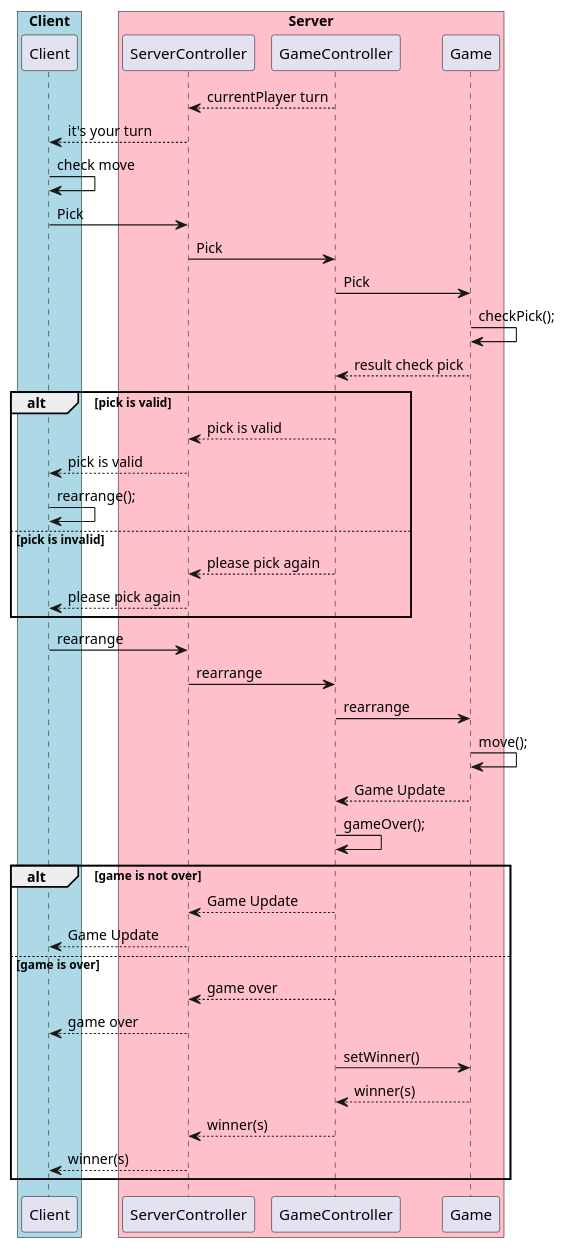
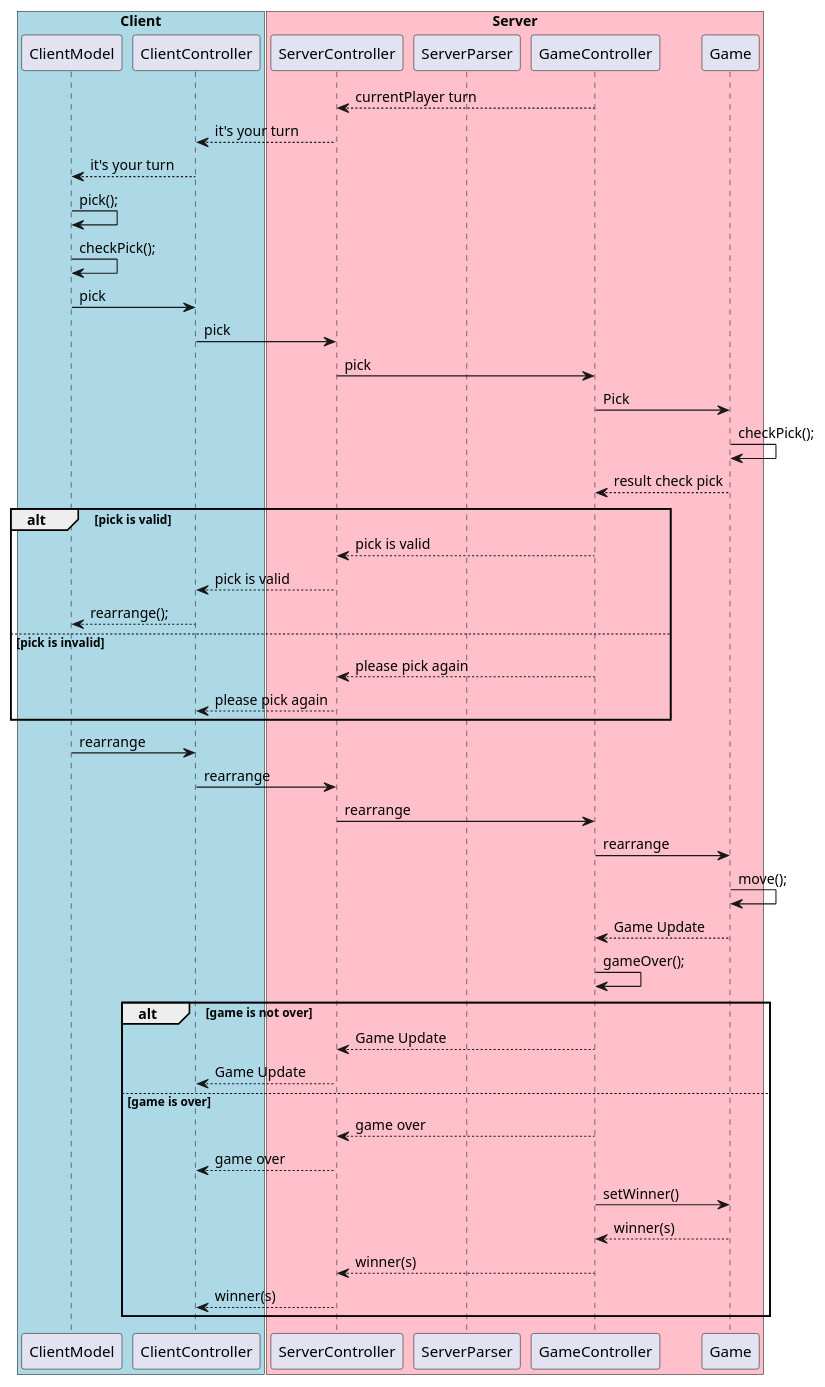
One commit to dltmtt/IS23-AM13 changed the diagram in docs/Sequence Diagram/Turn Phase.puml. Above: the diagram before and after it, drawn with PlantUML.

Commit message:
general fixes in sequence diagram

```diff
--- a/docs/Sequence Diagram/Turn Phase.puml
+++ b/docs/Sequence Diagram/Turn Phase.puml
@@ -1,59 +1,67 @@
 @startuml
 
 
 box "Client" #LightBlue
-participant Client
+participant ClientModel
+participant ClientController
+
 end box
 
 box "Server" #Pink
 participant ServerController
+participant ServerParser
 participant GameController
 participant Game
 end box
 
 ServerController <-- GameController: currentPlayer turn
-ServerController -->Client: it's your turn
-Client->Client: check move
-Client-> ServerController: Pick
-ServerController->GameController: Pick
+ServerController -->ClientController: it's your turn
+ClientController -->ClientModel: it's your turn
+ClientModel->ClientModel: pick();
+ClientModel->ClientModel: checkPick();
+ClientModel->ClientController: pick
+
+ClientController-> ServerController: pick
+ServerController->GameController: pick
 GameController->Game: Pick
 Game->Game: checkPick();
 Game-->GameController: result check pick
 alt pick is valid
 GameController-->ServerController: pick is valid
-ServerController-->Client: pick is valid
-Client->Client:rearrange();
+ServerController-->ClientController: pick is valid
+ClientModel<--ClientController:rearrange();
 else pick is invalid
 GameController-->ServerController: please pick again
-ServerController-->Client: please pick again
+ServerController-->ClientController: please pick again
 end
-Client->ServerController: rearrange
+ClientModel->ClientController:rearrange
+ClientController->ServerController: rearrange
 ServerController->GameController: rearrange
 GameController->Game: rearrange
 Game->Game: move();
 Game--> GameController: Game Update
 GameController->GameController: gameOver();
 
 alt game is not over
 
 GameController-->ServerController: Game Update
-ServerController-->Client: Game Update
+ServerController-->ClientController: Game Update
 
 else game is over
 GameController-->ServerController: game over
-ServerController-->Client: game over
+ServerController-->ClientController: game over
 GameController->Game: setWinner()
 Game-->GameController: winner(s)
 GameController-->ServerController: winner(s)
-ServerController-->Client: winner(s)
+ServerController-->ClientController: winner(s)
 
 end
 'Client->ServerController: bookshelf points update
 'ServerController->GameController: bookshelf points update
 'GameController->GameController: check points
 
 
 
 
 
 @enduml
```
